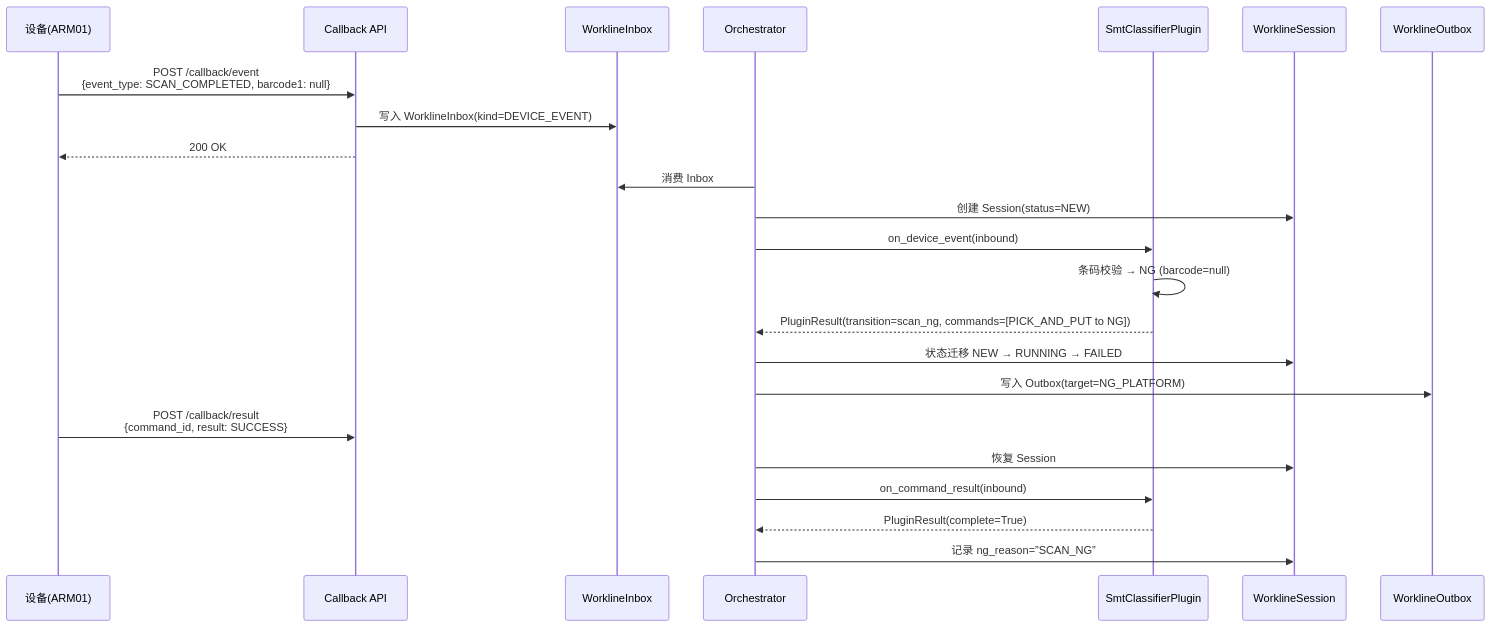
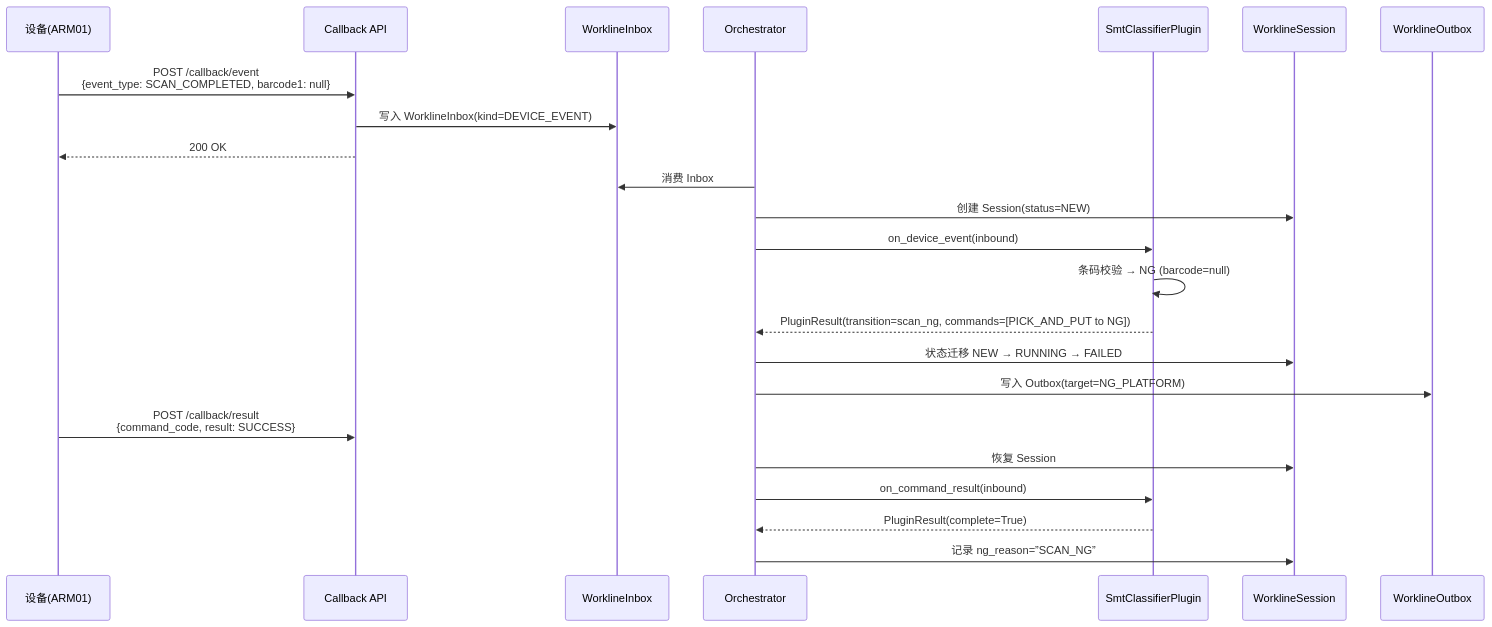
The fourth of 8 diagrams in docs/hardware/workline_topology_overview.md (kaizhoumasha/wes_backend), drawn with Mermaid before and after one commit. The commit also changed other lines of this file and 6 other files, not shown here.

````diff
--- a/docs/hardware/workline_topology_overview.md
+++ b/docs/hardware/workline_topology_overview.md
@@ -543,28 +553,28 @@
 ```mermaid
 sequenceDiagram
     participant Device as 设备(ARM01)
     participant API as Callback API
     participant Inbox as WorklineInbox
     participant Orch as Orchestrator
     participant Plugin as SmtClassifierPlugin
     participant Session as WorklineSession
     participant Outbox as WorklineOutbox
 
     Device->>API: POST /callback/event<br/>{event_type: SCAN_COMPLETED, barcode1: null}
     API->>Inbox: 写入 WorklineInbox(kind=DEVICE_EVENT)
     API-->>Device: 200 OK
 
     Orch->>Inbox: 消费 Inbox
     Orch->>Session: 创建 Session(status=NEW)
     Orch->>Plugin: on_device_event(inbound)
     Plugin->>Plugin: 条码校验 → NG (barcode=null)
     Plugin-->>Orch: PluginResult(transition=scan_ng, commands=[PICK_AND_PUT to NG])
     Orch->>Session: 状态迁移 NEW → RUNNING → FAILED
     Orch->>Outbox: 写入 Outbox(target=NG_PLATFORM)
 
-    Device->>API: POST /callback/result<br/>{command_id, result: SUCCESS}
+    Device->>API: POST /callback/result<br/>{command_code, result: SUCCESS}
     Orch->>Session: 恢复 Session
     Orch->>Plugin: on_command_result(inbound)
     Plugin-->>Orch: PluginResult(complete=True)
     Orch->>Session: 记录 ng_reason=”SCAN_NG”
 ```
````
